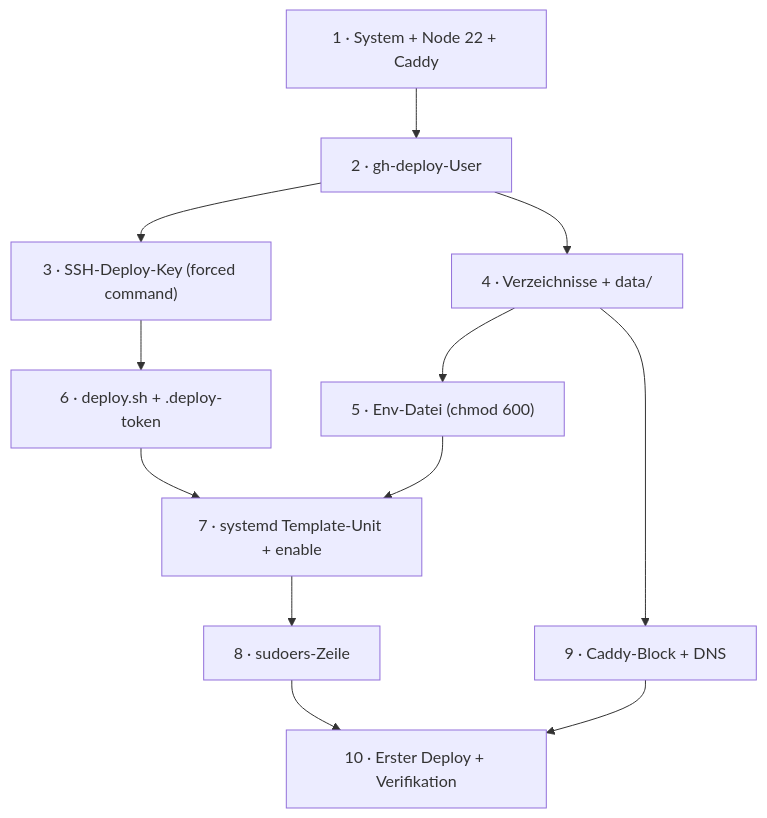
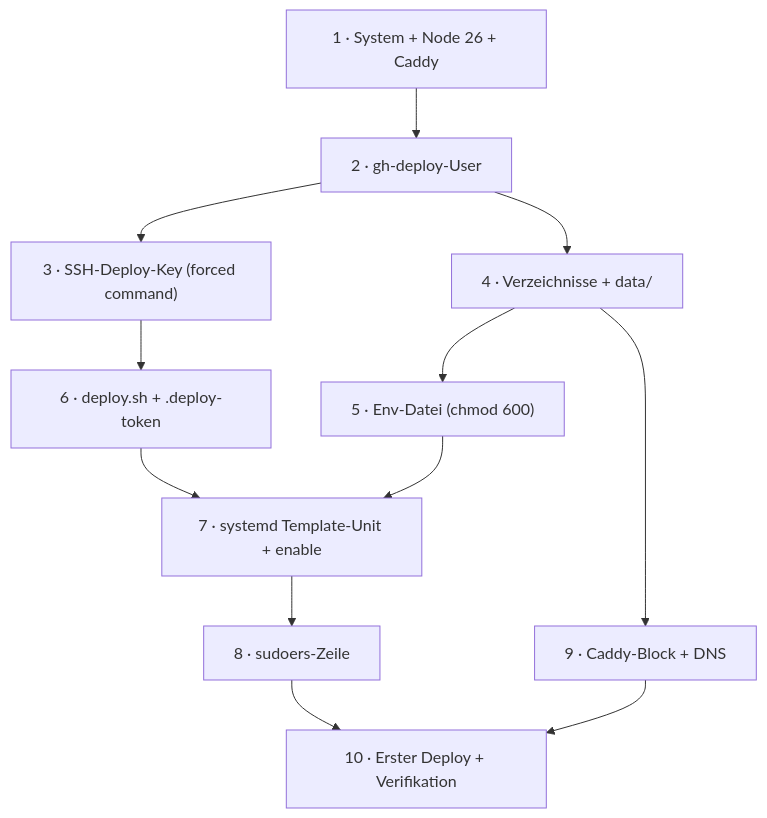
One commit to deleonio/priority-pilot changed the first of 2 diagrams in docs/server-setup.md. Above: the diagram before and after it, drawn with Mermaid. The commit also changed other lines of this file and 4 other files, not shown here.

````diff
--- a/docs/server-setup.md
+++ b/docs/server-setup.md
@@ -12,14 +12,14 @@
 ```mermaid
 flowchart TB
-    s1["1 · System + Node 22 + Caddy"] --> s2["2 · gh-deploy-User"]
+    s1["1 · System + Node 26 + Caddy"] --> s2["2 · gh-deploy-User"]
     s2 --> s3["3 · SSH-Deploy-Key (forced command)"]
     s2 --> s4["4 · Verzeichnisse + data/"]
     s4 --> s5["5 · Env-Datei (chmod 600)"]
     s3 --> s6["6 · deploy.sh + .deploy-token"]
     s5 --> s7["7 · systemd Template-Unit + enable"]
     s6 --> s7
     s7 --> s8["8 · sudoers-Zeile"]
     s4 --> s9["9 · Caddy-Block + DNS"]
     s8 --> s10["10 · Erster Deploy + Verifikation"]
     s9 --> s10
 ```
````
